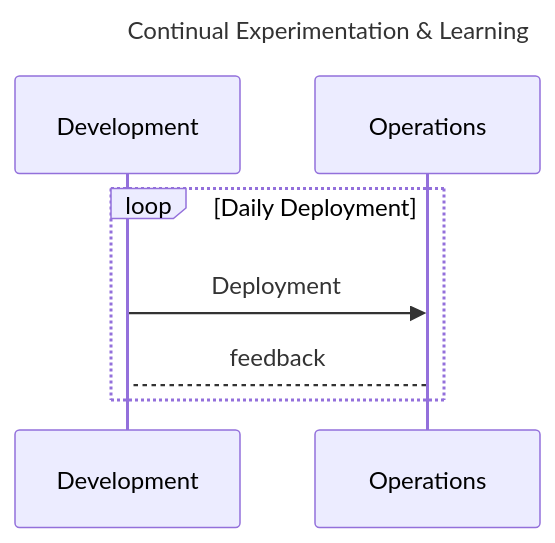
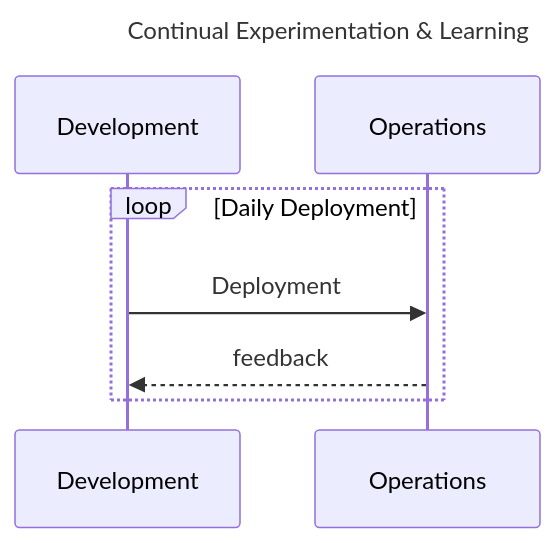
Before and after one commit to nepalsingh/cloud-training: the sixth of 6 diagrams in README.md, drawn with Mermaid.

Commit message:
Update flowchart

````diff
--- a/README.md
+++ b/README.md
@@ -929,12 +929,12 @@
 ```mermaid
 ---
 title: Continual Experimentation & Learning
 ---
 
 sequenceDiagram
   loop Daily Deployment
     Development ->> Operations: Deployment
-    Operations --> Development: feedback
+    Operations -->> Development: feedback
   end
 
 ```
````
